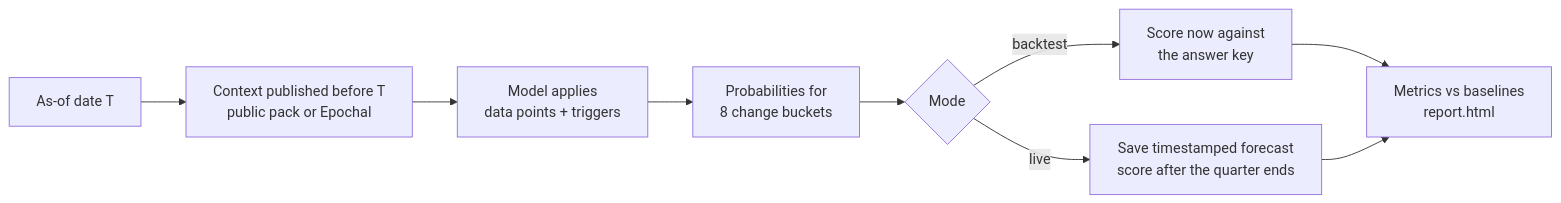
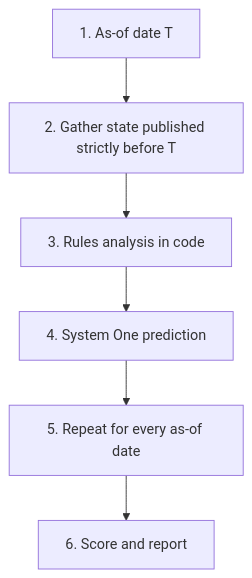
Before and after one commit to sgarrepalli27/epochal-pilot: the first of 4 diagrams in README.md, drawn with Mermaid. The commit also changed other lines of this file and 3 other files, not shown here.

Commit message:
Release v0.3.1: System One providers, official pipeline, and developer README

````diff
--- a/README.md
+++ b/README.md
@@ -88,11 +108,8 @@
 ```mermaid
-flowchart LR
-    T["As-of date T"] --> C["Context published before T<br/>public pack or Epochal"]
-    C --> M["Model applies<br/>data points + triggers"]
-    M --> P["Probabilities for<br/>8 change buckets"]
-    P --> B{"Mode"}
-    B -->|backtest| S1["Score now against<br/>the answer key"]
-    B -->|live| S2["Save timestamped forecast<br/>score after the quarter ends"]
-    S1 --> R["Metrics vs baselines<br/>report.html"]
-    S2 --> R
+flowchart TD
+    S1["1. As-of date T"] --> S2["2. Gather state published strictly before T"]
+    S2 --> S3["3. Rules analysis in code"]
+    S3 --> S4["4. System One prediction"]
+    S4 --> S5["5. Repeat for every as-of date"]
+    S5 --> S6["6. Score and report"]
 ```
````
